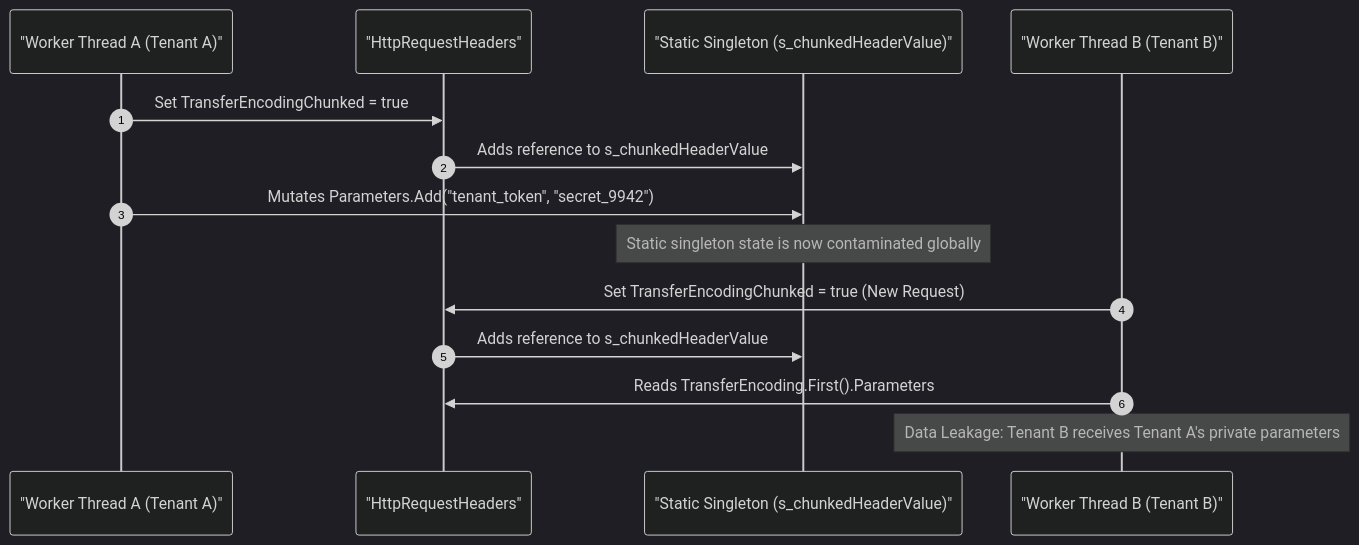
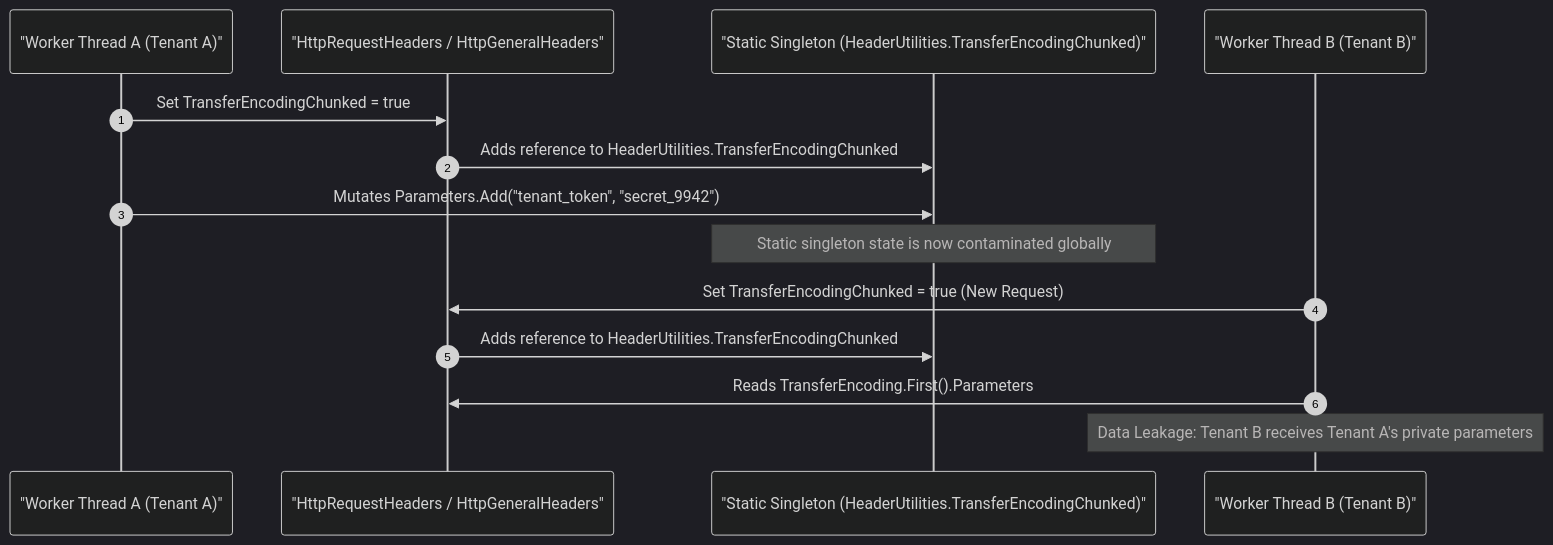
One commit to cyberenigma-lgtm/UNIVERSAL-POLYGLOT-LAYER-UPL changed the diagram in Proyectos_en_Revision/13_dotnet_runtime_138286_http_transfer_encoding_chunked_shared_state/README.md. Above: the diagram before and after it, drawn with Mermaid (dark theme). The commit also changed other lines of this file and 6 other files, not shown here.

Commit message:
refactor(case13): target HttpGeneralHeaders.cs and HeaderUtilities for clean upstream application

````diff
--- a/Proyectos_en_Revision/13_dotnet_runtime_138286_http_transfer_encoding_chunked_shared_state/README.md
+++ b/Proyectos_en_Revision/13_dotnet_runtime_138286_http_transfer_encoding_chunked_shared_state/README.md
@@ -23,18 +23,18 @@
 ```mermaid
 sequenceDiagram
     autonumber
     participant TenantA as "Worker Thread A (Tenant A)"
-    participant Headers as "HttpRequestHeaders"
-    participant StaticRef as "Static Singleton (s_chunkedHeaderValue)"
+    participant Headers as "HttpRequestHeaders / HttpGeneralHeaders"
+    participant StaticRef as "Static Singleton (HeaderUtilities.TransferEncodingChunked)"
     participant TenantB as "Worker Thread B (Tenant B)"
 
     TenantA->>Headers: Set TransferEncodingChunked = true
-    Headers->>StaticRef: Adds reference to s_chunkedHeaderValue
+    Headers->>StaticRef: Adds reference to HeaderUtilities.TransferEncodingChunked
     TenantA->>StaticRef: Mutates Parameters.Add("tenant_token", "secret_9942")
     Note over StaticRef: Static singleton state is now contaminated globally
 
     TenantB->>Headers: Set TransferEncodingChunked = true (New Request)
-    Headers->>StaticRef: Adds reference to s_chunkedHeaderValue
+    Headers->>StaticRef: Adds reference to HeaderUtilities.TransferEncodingChunked
     TenantB->>Headers: Reads TransferEncoding.First().Parameters
     Note over TenantB: Data Leakage: Tenant B receives Tenant A's private parameters
 ```
````
